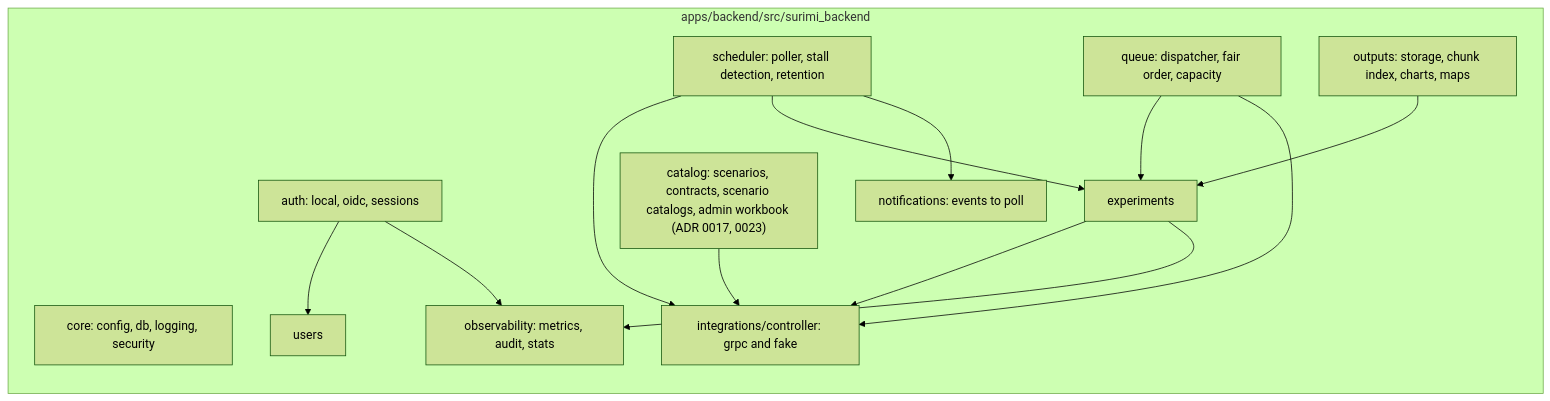
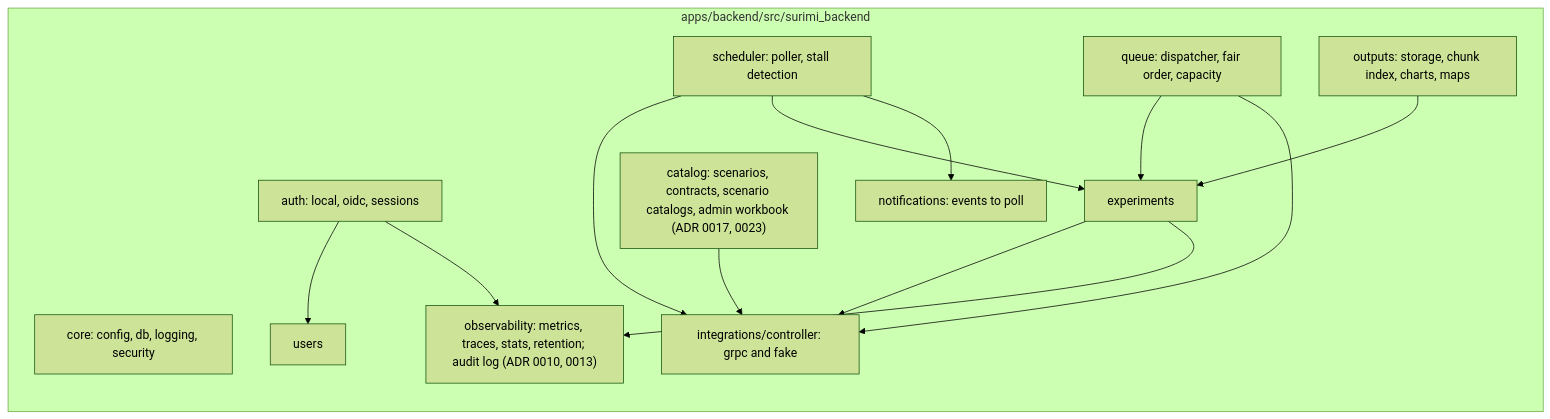
The fourth of 9 diagrams in docs/ARCHITECTURE.md (SURIMI-Project/SURIMI-modelgui), drawn with Mermaid (forest theme) before and after one commit. The commit also changed other lines of this file and 63 other files, not shown here.

````diff
--- a/docs/ARCHITECTURE.md
+++ b/docs/ARCHITECTURE.md
@@ -200,27 +203,27 @@
 ```mermaid
 flowchart LR
     subgraph backend [apps/backend/src/surimi_backend]
         core["core: config, db, logging, security"]
         auth["auth: local, oidc, sessions"]
         users["users"]
         catalog["catalog: scenarios, contracts, scenario catalogs, admin workbook (ADR 0017, 0023)"]
         exp["experiments"]
-        sched["scheduler: poller, stall detection, retention"]
+        sched["scheduler: poller, stall detection"]
         queue["queue: dispatcher, fair order, capacity"]
         outputs["outputs: storage, chunk index, charts, maps"]
         notif["notifications: events to poll"]
-        obs["observability: metrics, audit, stats"]
+        obs["observability: metrics, traces, stats, retention; audit log (ADR 0010, 0013)"]
         ctrlc["integrations/controller: grpc and fake"]
     end
     auth --> users
     exp --> ctrlc
     catalog --> ctrlc
     sched --> ctrlc
     sched --> exp
     sched --> notif
     queue --> exp
     queue --> ctrlc
     outputs --> exp
     exp --> obs
     auth --> obs
 ```
````
